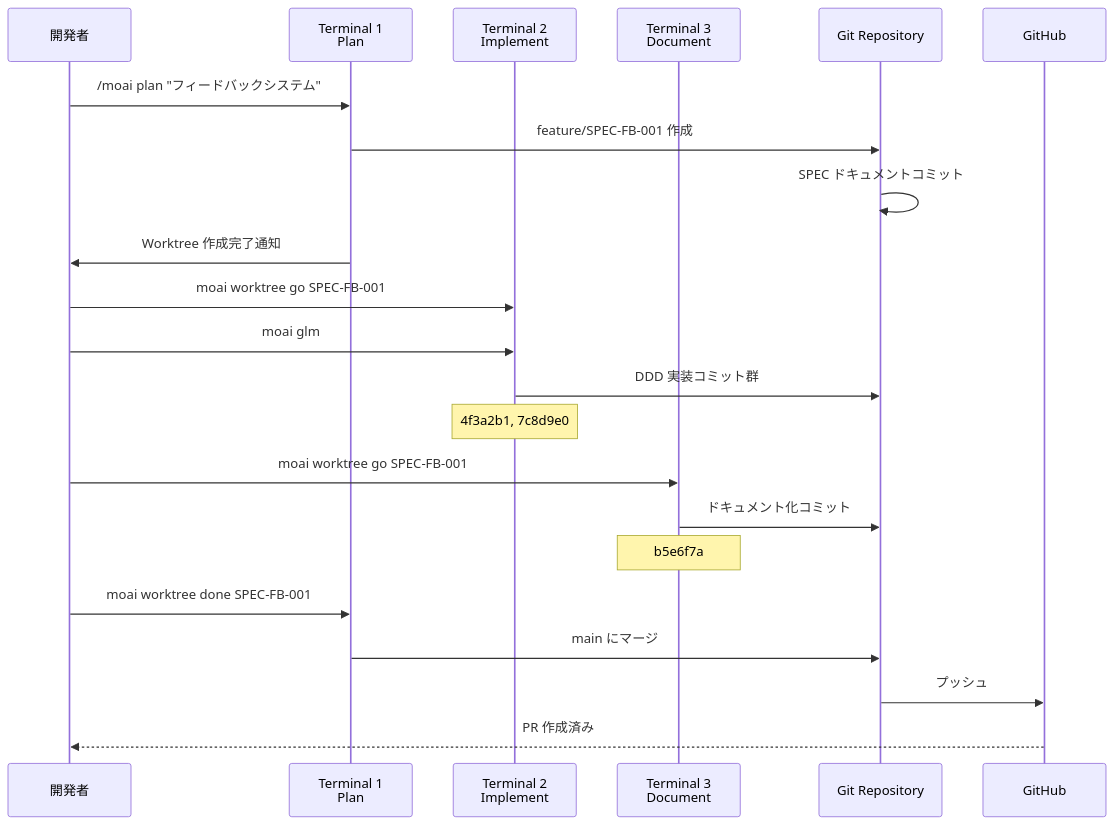
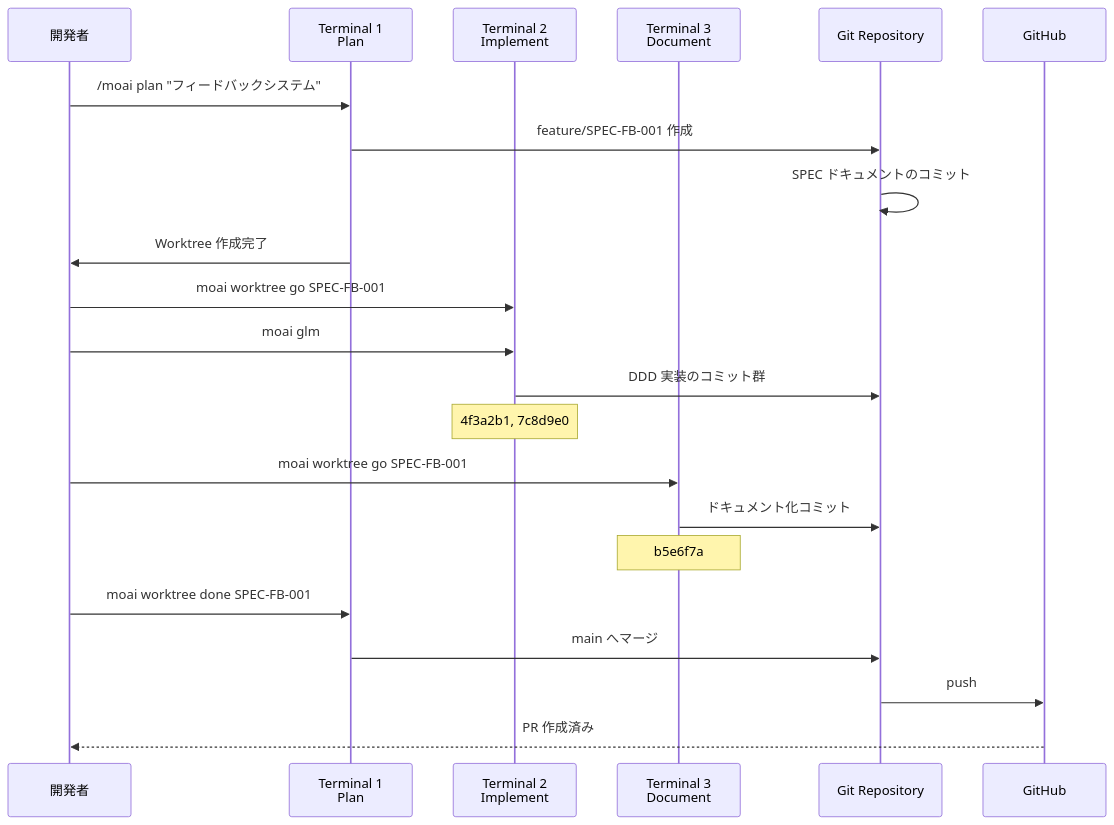
Before and after one commit to gabrielmoreira/agent-skills-mirror: the fourth of 4 diagrams in mirrors/repos/modu-ai@moai-adk/docs-site/content/ja/worktree/examples.md, drawn with Mermaid. The commit also changed other lines of this file and 2470 other files, not shown here.

````diff
--- a/mirrors/repos/modu-ai@moai-adk/docs-site/content/ja/worktree/examples.md
+++ b/mirrors/repos/modu-ai@moai-adk/docs-site/content/ja/worktree/examples.md
@@ -483,28 +490,28 @@
 ```mermaid
 sequenceDiagram
     participant Dev as 開発者
     participant T1 as Terminal 1<br/>Plan
     participant T2 as Terminal 2<br/>Implement
     participant T3 as Terminal 3<br/>Document
     participant Git as Git Repository
     participant Remote as GitHub
 
     Dev->>T1: /moai plan "フィードバックシステム"
     T1->>Git: feature/SPEC-FB-001 作成
-    Git->>Git: SPEC ドキュメントコミット
-    T1->>Dev: Worktree 作成完了通知
+    Git->>Git: SPEC ドキュメントのコミット
+    T1->>Dev: Worktree 作成完了
 
     Dev->>T2: moai worktree go SPEC-FB-001
     Dev->>T2: moai glm
-    T2->>Git: DDD 実装コミット群
+    T2->>Git: DDD 実装のコミット群
     Note over T2: 4f3a2b1, 7c8d9e0
 
     Dev->>T3: moai worktree go SPEC-FB-001
     T3->>Git: ドキュメント化コミット
     Note over T3: b5e6f7a
 
     Dev->>T1: moai worktree done SPEC-FB-001
-    T1->>Git: main にマージ
-    Git->>Remote: プッシュ
+    T1->>Git: main へマージ
+    Git->>Remote: push
     Remote-->>Dev: PR 作成済み
 ```
````
